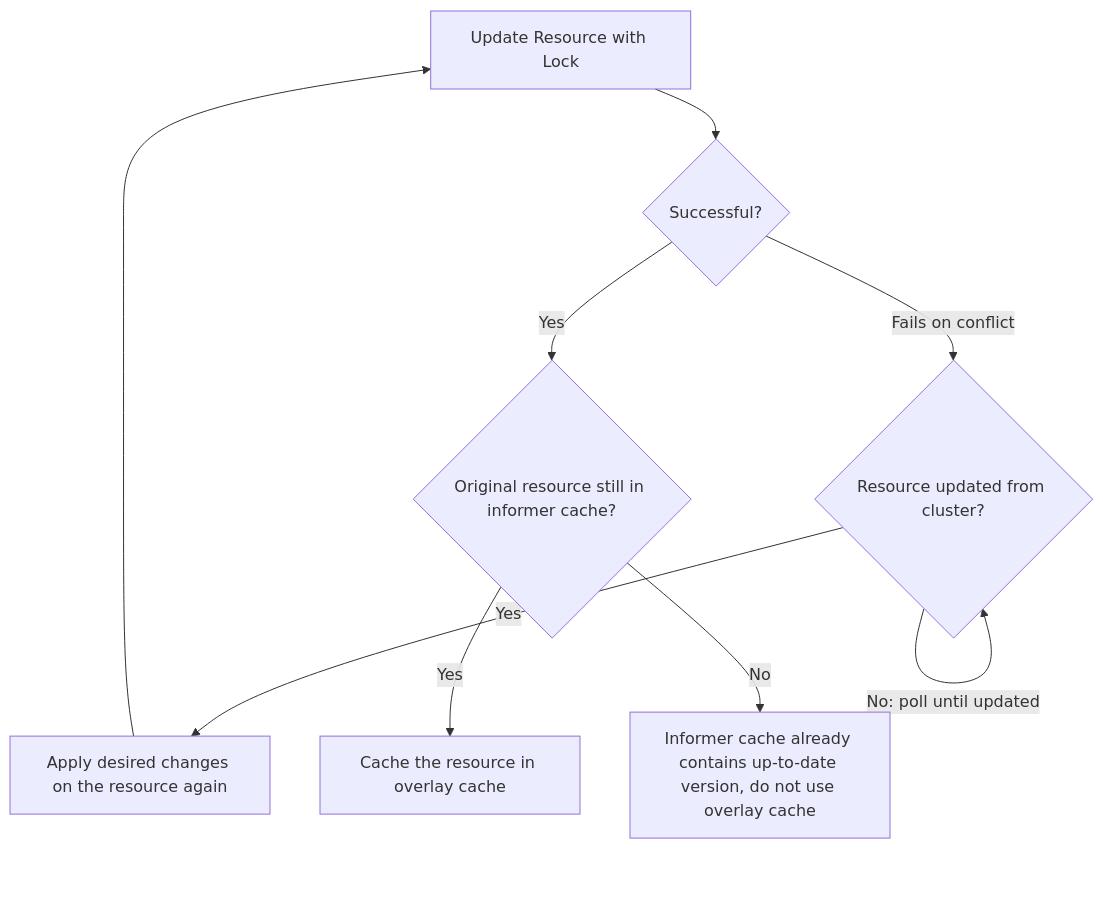
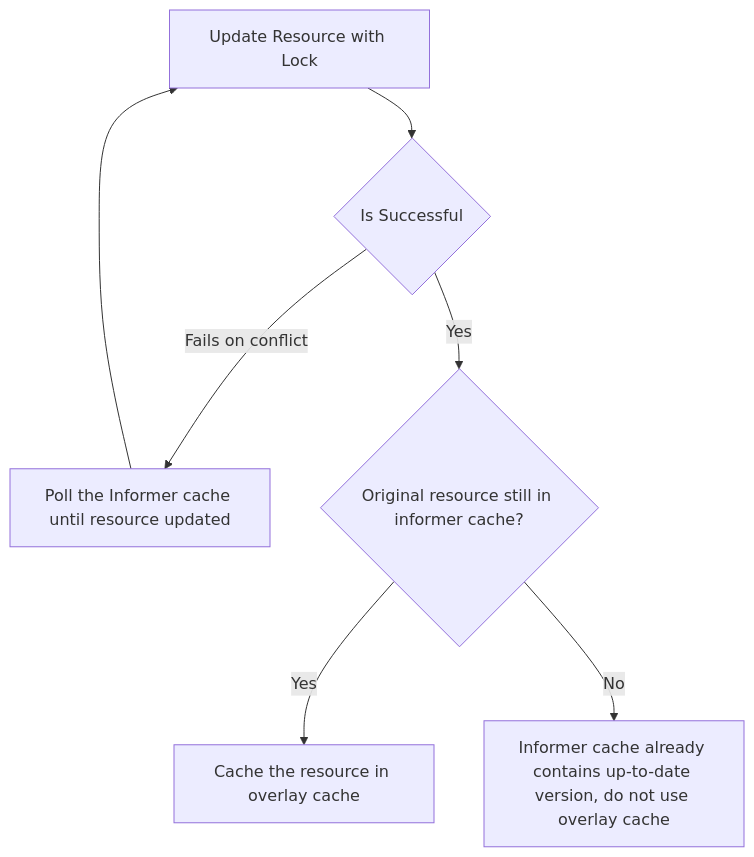
Before and after one commit to operator-framework/java-operator-sdk: the diagram in docs/content/en/blog/news/primary-cache-for-next-recon.md, drawn with Mermaid. The commit also changed other lines of this file, not shown here.

````diff
--- a/docs/content/en/blog/news/primary-cache-for-next-recon.md
+++ b/docs/content/en/blog/news/primary-cache-for-next-recon.md
@@ -86,12 +84,9 @@
 ```mermaid
 flowchart TD
-    A["Update Resource with Lock"] --> B{"Successful?"}
-    B -- Fails on conflict --> D{"Resource updated from cluster?"}
-    D -- " No: poll until updated " --> D
-    D -- Yes --> n4["Apply desired changes on the resource again"]
+    A["Update Resource with Lock"] --> B{"Is Successful"}
+    B -- Fails on conflict --> D["Poll the Informer cache until resource updated"]
+    D --> A
     B -- Yes --> n2{"Original resource still in informer cache?"}
     n2 -- Yes --> C["Cache the resource in overlay cache"]
     n2 -- No --> n3["Informer cache already contains up-to-date version, do not use overlay cache"]
-    n4 --> A
-
 ```
````
